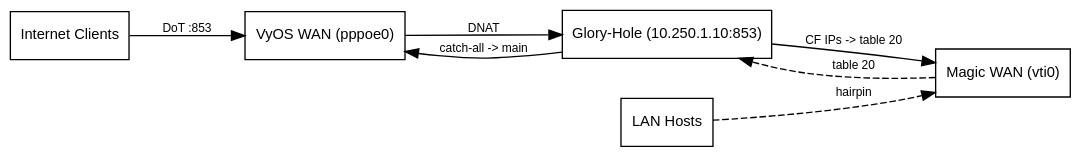
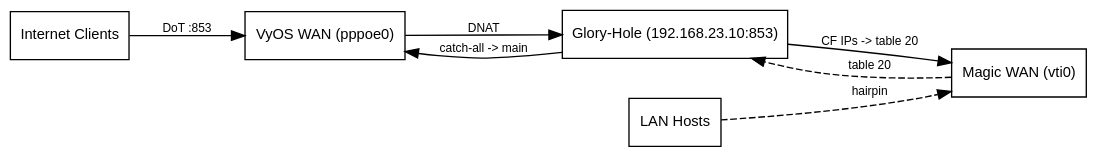
Before and after one commit to erfianugrah/lexicanum: the first of 2 diagrams in src/content/docs/guides/vyos-dot.mdx, drawn with Graphviz. The commit also changed other lines of this file and 17 other files, not shown here.

````diff
--- a/src/content/docs/guides/vyos-dot.mdx
+++ b/src/content/docs/guides/vyos-dot.mdx
@@ -18,21 +18,21 @@
 ```dot
 digraph {
   rankdir=LR; bgcolor="transparent"; compound=true; nodesep=0.3; ranksep=0.7;
   fontname="Helvetica,Arial,sans-serif";
   node [fontname="Helvetica,Arial,sans-serif", fontsize=11, shape=box];
   edge [fontname="Helvetica,Arial,sans-serif", fontsize=9];
 
   Internet  [label="Internet Clients"];
   WAN       [label="VyOS WAN (pppoe0)"];
-  Container [label="Glory-Hole (10.250.1.10:853)"];
+  Container [label="Glory-Hole (192.168.23.10:853)"];
   LAN       [label="LAN Hosts"];
   MagicWAN  [label="Magic WAN (vti0)"];
 
   Internet -> WAN       [label="DoT :853"];
   WAN -> Container      [label="DNAT"];
   LAN -> MagicWAN       [label="hairpin", style=dashed];
   MagicWAN -> Container [label="table 20", style=dashed];
   Container -> MagicWAN [label="CF IPs -> table 20"];
   Container -> WAN      [label="catch-all -> main"];
 }
 ```
````
